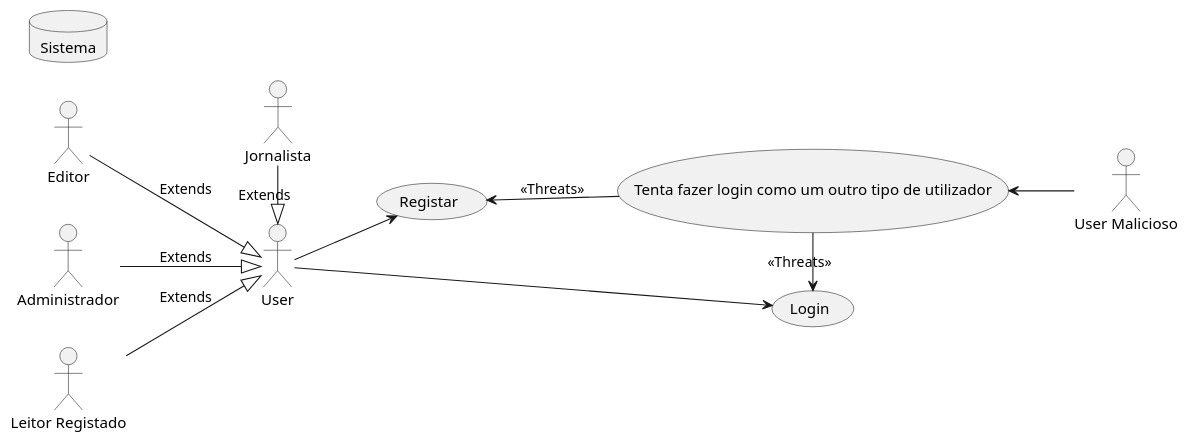
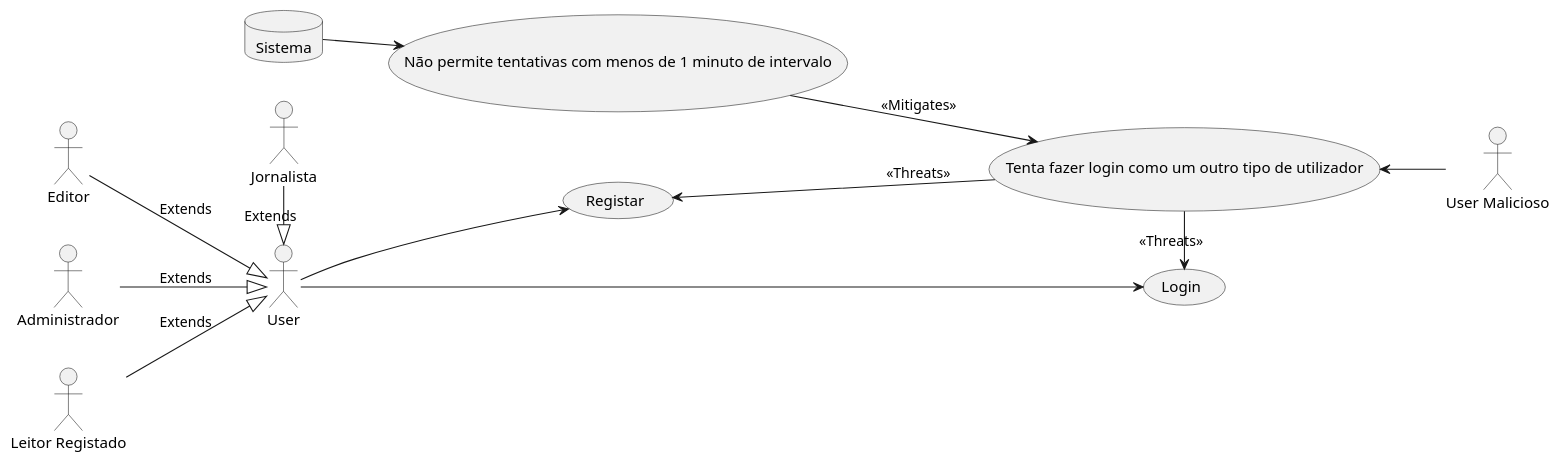
One commit to DESOFSM1A6/desofs2024_M1A_6 changed the diagram in diagram/UC/UCLogin/UCD.puml. Above: the diagram before and after it, drawn with PlantUML. The commit also changed 4 other files, not shown here.

```diff
--- a/diagram/UC/UCLogin/UCD.puml
+++ b/diagram/UC/UCLogin/UCD.puml
@@ -1,38 +1,42 @@
 @startuml UCLogin
 left to right direction
 
 actor User as "User"
 actor Jornalista as "Jornalista"
 actor Editor as "Editor"
 actor Administrador as "Administrador"
 actor LeitorRegistado as "Leitor Registado"
 
 actor Malicioso as "User Malicioso"
 
 
-database SistemaA as "Sistema"
+database Sistema as "Sistema"
 
 Editor --|> User : Extends
 Jornalista -|> User : Extends
 Administrador --|> User : Extends
 LeitorRegistado --|> User : Extends
 
 usecase Login as "Login"
 usecase Registar as "Registar"
 
 User --> Login
 User --> Registar
 
 usecase TryLogin as "Tenta fazer login como um outro tipo de utilizador"
 
 TryLogin -> Login: <<Threats>>
 Registar <-- TryLogin : <<Threats>>
 
 
+usecase "Não permite tentativas com menos de 1 minuto de intervalo" as Tentativas
 TryLogin <--  Malicioso
 
+Sistema --> Tentativas
+
+Tentativas --> TryLogin : <<Mitigates>>
 
 
 
 
 @enduml
```
